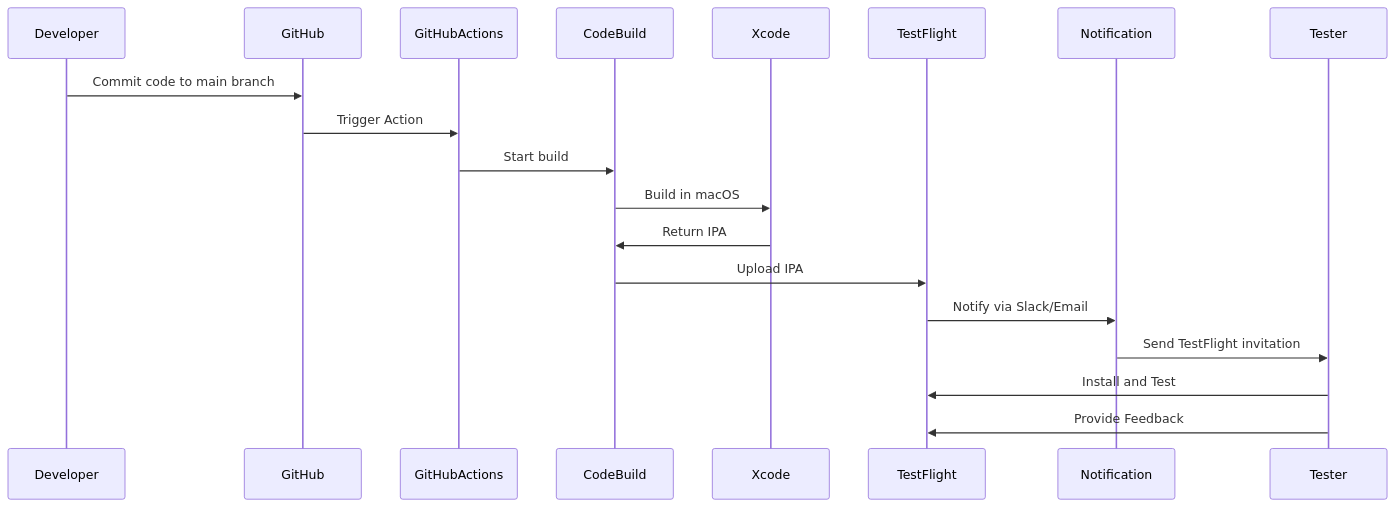
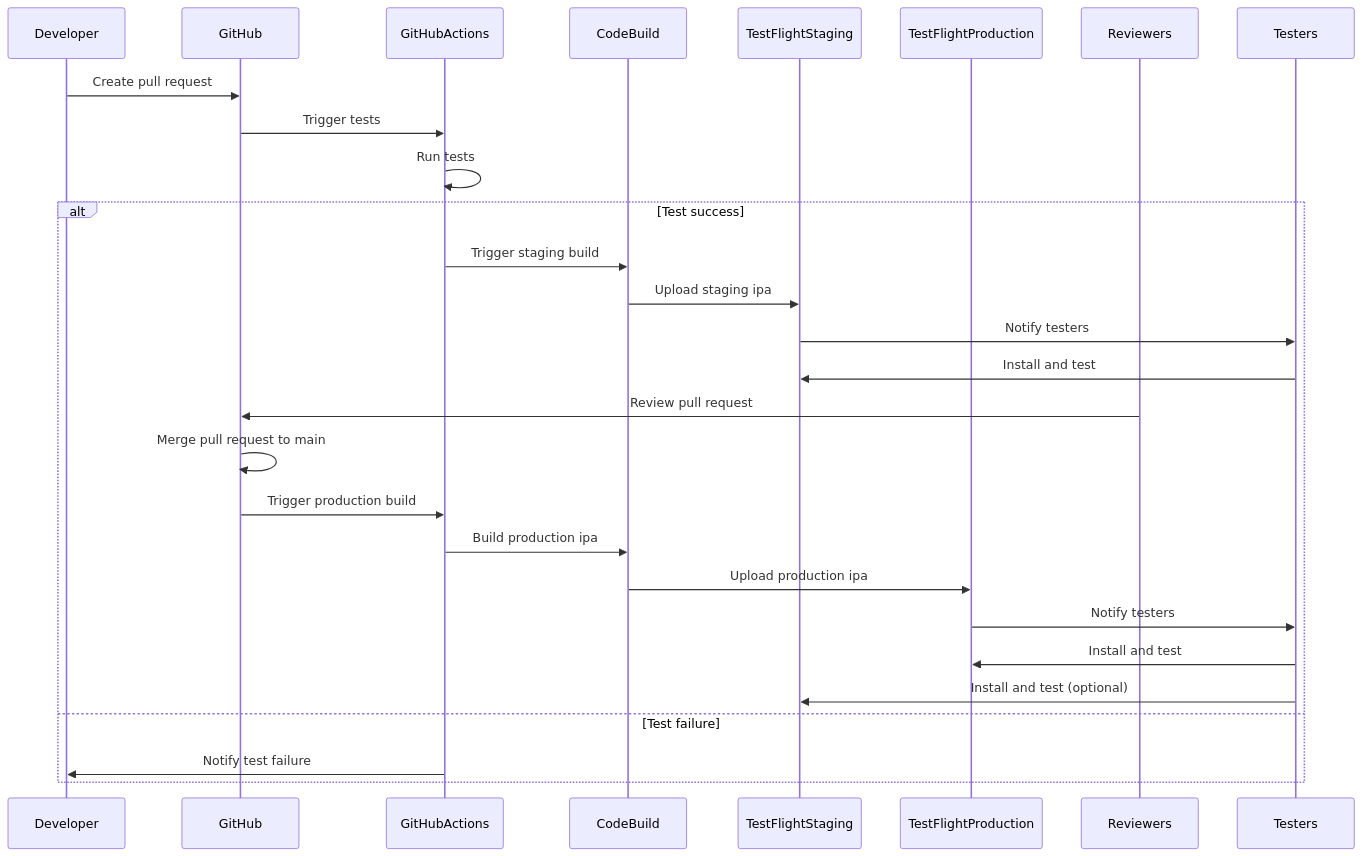
The fourth of 4 diagrams in android_build.md (hamatz/tech_doc), drawn with Mermaid before and after one commit. The commit also changed other lines of this file, not shown here.

````diff
--- a/android_build.md
+++ b/android_build.md
@@ -286,22 +381,31 @@
 ```mermaid
 sequenceDiagram
     participant Developer
     participant GitHub
     participant GitHubActions
     participant CodeBuild
-    participant Xcode
-    participant TestFlight
-    participant Notification
-    participant Tester
+    participant TestFlightStaging
+    participant TestFlightProduction
+    participant Reviewers
+    participant Testers
     
-    Developer->>GitHub: Commit code to main branch
-    GitHub->>GitHubActions: Trigger Action
-    GitHubActions->>CodeBuild: Start build
-    CodeBuild->>Xcode: Build in macOS
-    Xcode->>CodeBuild: Return IPA
-    CodeBuild->>TestFlight: Upload IPA
-    TestFlight->>Notification: Notify via Slack/Email
-    Notification->>Tester: Send TestFlight invitation
-    Tester->>TestFlight: Install and Test
-    Tester->>TestFlight: Provide Feedback
+    Developer->>GitHub: Create pull request
+    GitHub->>GitHubActions: Trigger tests
+    GitHubActions->>GitHubActions: Run tests
+    alt Test success
+        GitHubActions->>CodeBuild: Trigger staging build
+        CodeBuild->>TestFlightStaging: Upload staging ipa
+        TestFlightStaging->>Testers: Notify testers
+        Testers->>TestFlightStaging: Install and test
+        Reviewers->>GitHub: Review pull request
+        GitHub->>GitHub: Merge pull request to main
+        GitHub->>GitHubActions: Trigger production build
+        GitHubActions->>CodeBuild: Build production ipa
+        CodeBuild->>TestFlightProduction: Upload production ipa
+        TestFlightProduction->>Testers: Notify testers
+        Testers->>TestFlightProduction: Install and test
+        Testers->>TestFlightStaging: Install and test (optional)
+    else Test failure
+        GitHubActions->>Developer: Notify test failure
+    end
 ```
````
